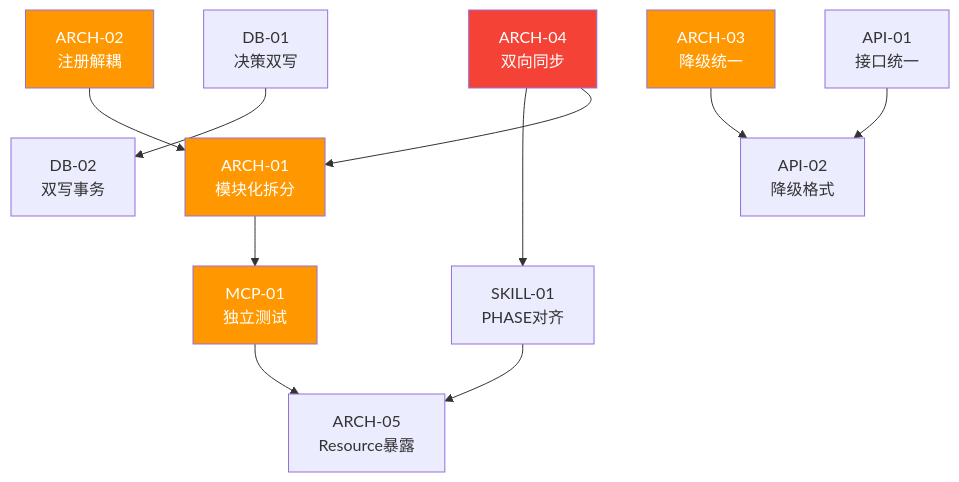
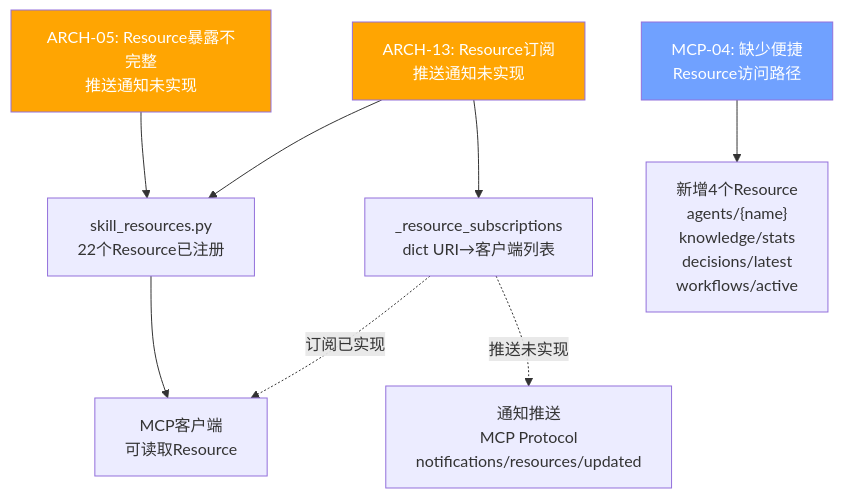
The fifth of 14 diagrams in docs/plan/REFACTOR_PLAN.md (xuanyuanchumo/xuansto), drawn with Mermaid before and after one commit. The commit also changed other lines of this file and 139 other files, not shown here.

````diff
--- a/docs/plan/REFACTOR_PLAN.md
+++ b/docs/plan/REFACTOR_PLAN.md
@@ -302,30 +243,20 @@
 ```mermaid
 graph TD
-    A04["ARCH-04<br/>双向同步"]
-    A01["ARCH-01<br/>模块化拆分"]
-    A02["ARCH-02<br/>注册解耦"]
-    A03["ARCH-03<br/>降级统一"]
-    M01["MCP-01<br/>独立测试"]
-    S01["SKILL-01<br/>PHASE对齐"]
-    A05["ARCH-05<br/>Resource暴露"]
-    D01["DB-01<br/>决策双写"]
-    D02["DB-02<br/>双写事务"]
-    AP01["API-01<br/>接口统一"]
-    AP02["API-02<br/>降级格式"]
+    ARCH05["ARCH-05: Resource暴露不完整<br/>推送通知未实现"]
+    ARCH13["ARCH-13: Resource订阅<br/>推送通知未实现"]
+    MCP04["MCP-04: 缺少便捷<br/>Resource访问路径"]
 
-    A02 --> A01
-    A01 --> M01
-    A03 --> AP02
-    A04 --> S01
-    A04 --> A01
-    M01 --> A05
-    S01 --> A05
-    D01 --> D02
-    AP01 --> AP02
+    ARCH05 --> RES["skill_resources.py<br/>22个Resource已注册"]
+    ARCH13 --> RES
+    ARCH13 --> SUB["_resource_subscriptions<br/>dict URI→客户端列表"]
 
-    style A04 fill:#F44336,color:#fff
-    style A01 fill:#FF9800,color:#fff
-    style A02 fill:#FF9800,color:#fff
-    style A03 fill:#FF9800,color:#fff
-    style M01 fill:#FF9800,color:#fff
+    MCP04 --> NEW_RES["新增4个Resource<br/>agents/{name}<br/>knowledge/stats<br/>decisions/latest<br/>workflows/active"]
+
+    RES --> CLIENT["MCP客户端<br/>可读取Resource"]
+    SUB -.->|"订阅已实现"| CLIENT
+    SUB -.->|"推送未实现"| NOTIFY["通知推送<br/>MCP Protocol<br/>notifications/resources/updated"]
+
+    style ARCH05 fill:#ffa502,color:#fff
+    style ARCH13 fill:#ffa502,color:#fff
+    style MCP04 fill:#70a1ff,color:#fff
 ```
````
